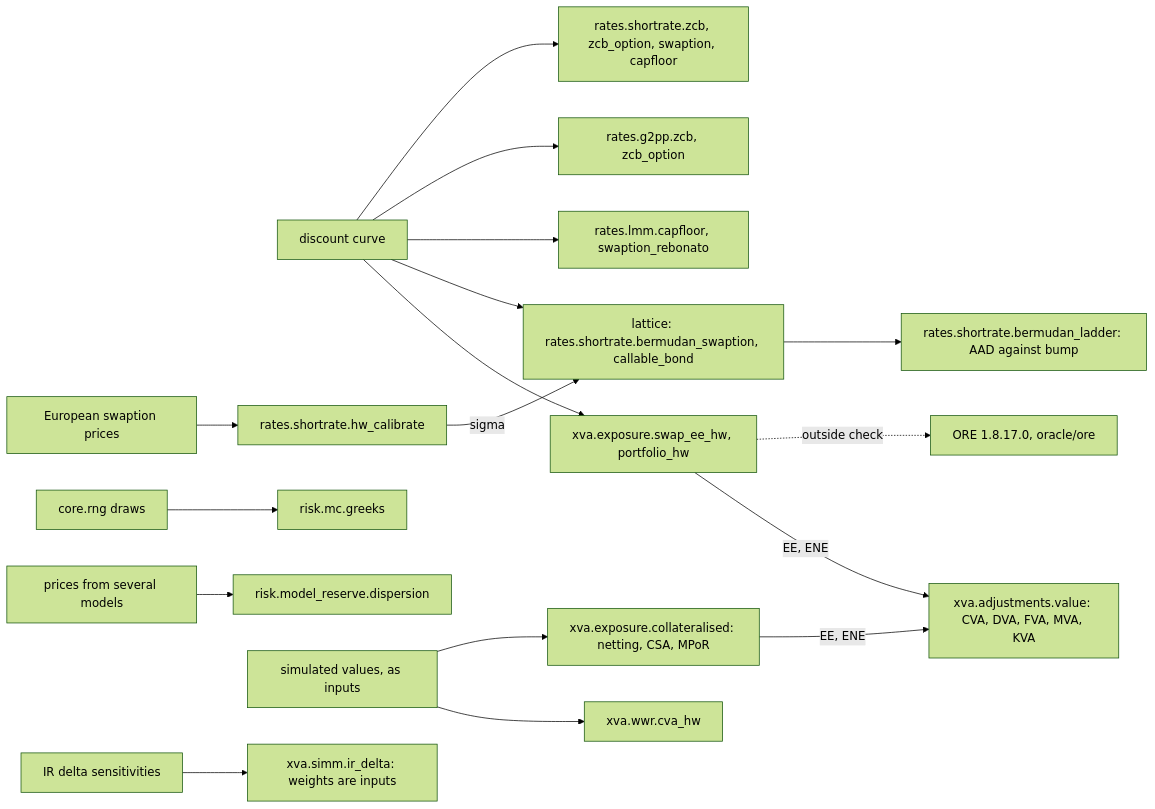
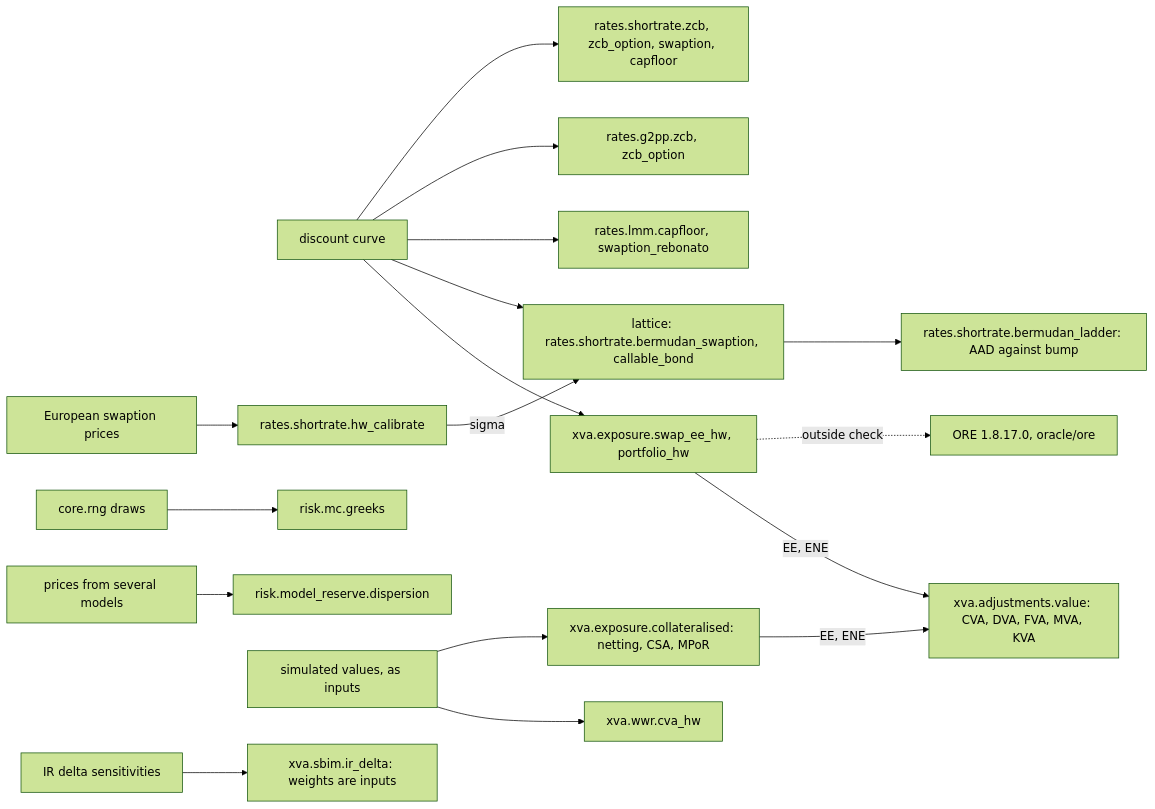
One commit to AshJha0/quantforge changed diagram 12 of 54 in docs/diagrams/README.md. Above: the diagram before and after it, drawn with Mermaid (forest theme). The commit also changed other lines of this file and 23 other files, not shown here.

Commit message:
K margin: wording sweep to the generic name (docs, glossary, cookbook, inventory, question bank with verify script, diagrams, curves page), totals and outside shares regenerated (stage G 359 of 441 unchanged), release notes and CHANGELOG entries

````diff
--- a/docs/diagrams/README.md
+++ b/docs/diagrams/README.md
@@ -167,19 +167,19 @@
 ```mermaid
 flowchart LR
   accTitle: Stage G rates models and xVA
-  accDescr: A discount curve feeds the short-rate, G2++ and LMM pricers; Hull-White sigma is calibrated to swaption prices and used by the lattice for Bermudan swaptions and callable bonds, whose AAD ladder is checked against a bump reference. Exposure under Hull-White is computed in closed form and checked against ORE; collateralised exposure takes simulated values as inputs and applies netting, CSA thresholds and the margin period of risk. Exposure profiles feed the CVA, DVA, FVA, MVA and KVA formulas; SIMM-style IR delta margin and wrong-way CVA sit beside them.
+  accDescr: A discount curve feeds the short-rate, G2++ and LMM pricers; Hull-White sigma is calibrated to swaption prices and used by the lattice for Bermudan swaptions and callable bonds, whose AAD ladder is checked against a bump reference. Exposure under Hull-White is computed in closed form and checked against ORE; collateralised exposure takes simulated values as inputs and applies netting, CSA thresholds and the margin period of risk. Exposure profiles feed the CVA, DVA, FVA, MVA and KVA formulas; the sensitivity-based IR delta margin and wrong-way CVA sit beside them.
   CRV[discount curve] --> SR[rates.shortrate.zcb, zcb_option, swaption, capfloor]
   CRV --> G2[rates.g2pp.zcb, zcb_option]
   CRV --> LMM[rates.lmm.capfloor, swaption_rebonato]
   SWP[European swaption prices] --> CAL[rates.shortrate.hw_calibrate] -->|sigma| LAT
   CRV --> LAT[lattice: rates.shortrate.bermudan_swaption, callable_bond]
   LAT --> AAD[rates.shortrate.bermudan_ladder: AAD against bump]
   RNG[core.rng draws] --> MCG[risk.mc.greeks]
   MP[prices from several models] --> RES[risk.model_reserve.dispersion]
   CRV --> EXP[xva.exposure.swap_ee_hw, portfolio_hw]
   EXP -.->|outside check| ORE["ORE 1.8.17.0, oracle/ore"]
   VAL[simulated values, as inputs] --> COL[xva.exposure.collateralised: netting, CSA, MPoR]
   EXP & COL -->|EE, ENE| ADJ[xva.adjustments.value: CVA, DVA, FVA, MVA, KVA]
-  SEN[IR delta sensitivities] --> SIMM[xva.simm.ir_delta: weights are inputs]
+  SEN[IR delta sensitivities] --> SBIM[xva.sbim.ir_delta: weights are inputs]
   VAL --> WWR[xva.wwr.cva_hw]
 ```
````
